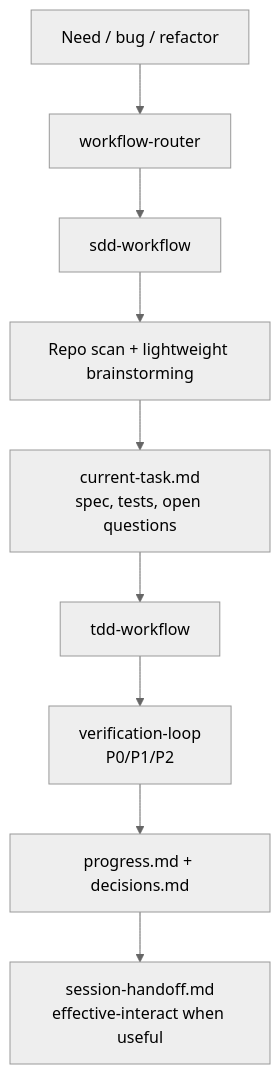
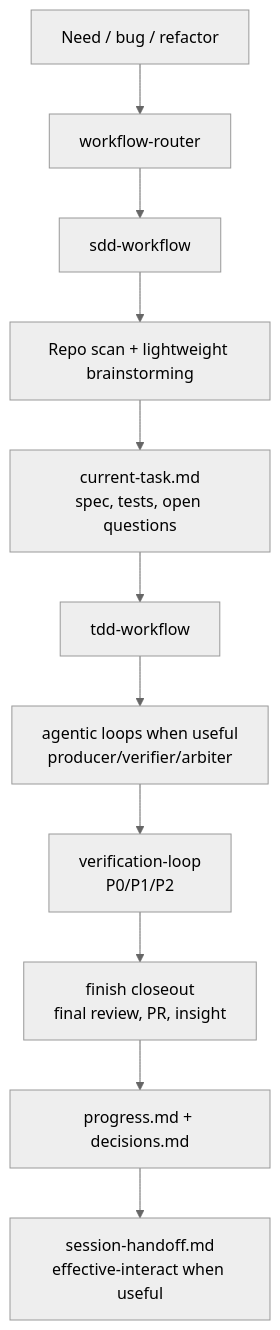
The diagram in docs/capability-map.md (JasonxzWen/harness-hub), drawn with Mermaid (neutral theme) before and after one commit. The commit also changed other lines of this file and 48 other files, not shown here.

Commit message:
feat: add agentic loop closeout workflow

````diff
--- a/docs/capability-map.md
+++ b/docs/capability-map.md
@@ -17,11 +18,13 @@
 ```mermaid
 flowchart TD
   Need["Need / bug / refactor"] --> Route["workflow-router"]
   Route --> SDD["sdd-workflow"]
   SDD --> Brainstorm["Repo scan + lightweight brainstorming"]
   Brainstorm --> State["current-task.md<br/>spec, tests, open questions"]
   State --> TDD["tdd-workflow"]
-  TDD --> Verify["verification-loop<br/>P0/P1/P2"]
-  Verify --> Memory["progress.md + decisions.md"]
+  TDD --> Agentic["agentic loops when useful<br/>producer/verifier/arbiter"]
+  Agentic --> Verify["verification-loop<br/>P0/P1/P2"]
+  Verify --> Closeout["finish closeout<br/>final review, PR, insight"]
+  Closeout --> Memory["progress.md + decisions.md"]
   Memory --> Handoff["session-handoff.md<br/>effective-interact when useful"]
 ```
````
